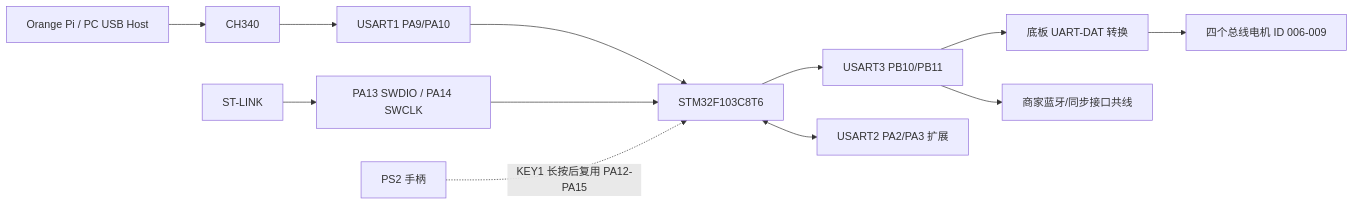
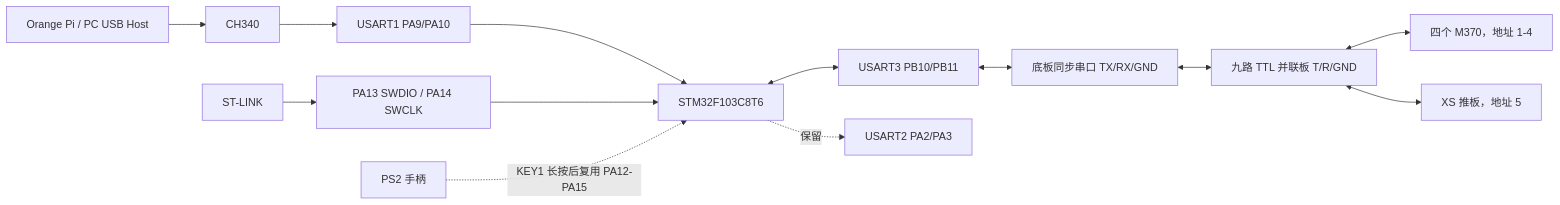
One commit to chbq/c5-car-playground changed the first of 2 diagrams in docs/hardware.md. Above: the diagram before and after it, drawn with Mermaid. The commit also changed other lines of this file and 21 other files, not shown here.

````diff
--- a/docs/hardware.md
+++ b/docs/hardware.md
@@ -27,14 +28,15 @@
 ```mermaid
 flowchart LR
     HOST["Orange Pi / PC USB Host"] --> CH340["CH340"]
     CH340 --> U1["USART1 PA9/PA10"]
     U1 --> MCU["STM32F103C8T6"]
-    MCU --> U3["USART3 PB10/PB11"]
-    U3 --> DAT["底板 UART-DAT 转换"]
-    DAT --> M["四个总线电机 ID 006-009"]
-    U3 --> LEGACY["商家蓝牙/同步接口共线"]
-    MCU <--> U2["USART2 PA2/PA3 扩展"]
+    MCU <--> U3["USART3 PB10/PB11"]
+    U3 <--> SYNC["底板同步串口 TX/RX/GND"]
+    SYNC <--> SPLIT["九路 TTL 并联板 T/R/GND"]
+    SPLIT <--> M["四个 M370，地址 1-4"]
+    SPLIT <--> PUSH["XS 推板，地址 5"]
+    MCU -. "保留" .-> U2["USART2 PA2/PA3"]
     SWD["ST-LINK"] --> DBG["PA13 SWDIO / PA14 SWCLK"]
     DBG --> MCU
     PS2["PS2 手柄"] -. "KEY1 长按后复用 PA12-PA15" .-> MCU
 ```
````
